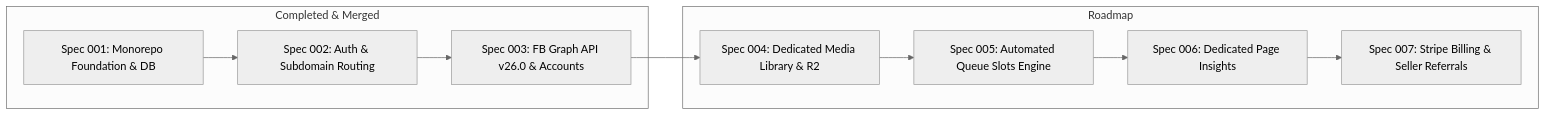
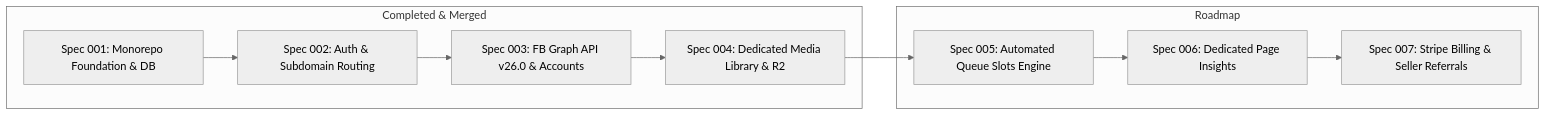
One commit to Velocta/fbuploadpro changed the diagram in docs/foundational-knowledge.md. Above: the diagram before and after it, drawn with Mermaid (neutral theme). The commit also changed other lines of this file, not shown here.

Commit message:
docs: update foundational knowledge roadmap and autonomous SDD protocol (Closes #243)

````diff
--- a/docs/foundational-knowledge.md
+++ b/docs/foundational-knowledge.md
@@ -107,17 +107,17 @@
 ```mermaid
 flowchart LR
   subgraph Done [Completed & Merged]
     M1[Spec 001: Monorepo Foundation & DB]
     M2[Spec 002: Auth & Subdomain Routing]
     M3[Spec 003: FB Graph API v26.0 & Accounts]
+    M4[Spec 004: Dedicated Media Library & R2]
   end
 
   subgraph Next [Roadmap]
-    M4[Spec 004: Dedicated Media Library & R2]
     M5[Spec 005: Automated Queue Slots Engine]
     M6[Spec 006: Dedicated Page Insights]
     M7[Spec 007: Stripe Billing & Seller Referrals]
   end
 
   M1 --> M2 --> M3 --> M4 --> M5 --> M6 --> M7
 ```
````
